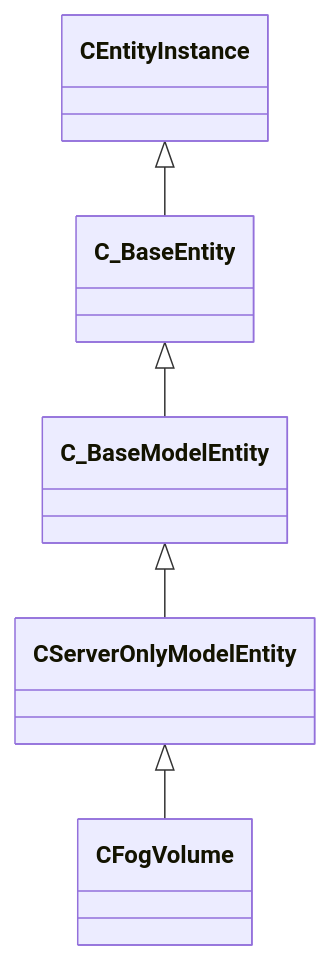
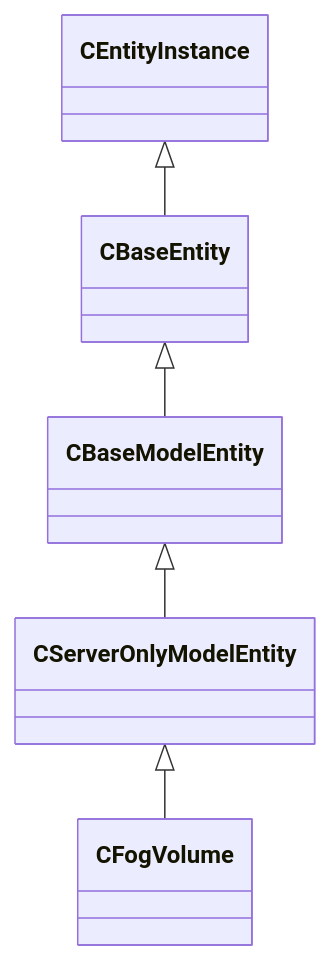
Before and after one commit to CS2OpenDev/CS2OpenDev-Docs: the diagram in docs/generated/schemas/server/CFogVolume.md, drawn with Mermaid. The commit also changed other lines of this file and 4525 other files, not shown here.

````diff
--- a/docs/generated/schemas/server/CFogVolume.md
+++ b/docs/generated/schemas/server/CFogVolume.md
@@ -17,7 +19,7 @@
 ```mermaid
 classDiagram
     CServerOnlyModelEntity <|-- CFogVolume
-    C_BaseModelEntity <|-- CServerOnlyModelEntity
-    C_BaseEntity <|-- C_BaseModelEntity
-    CEntityInstance <|-- C_BaseEntity
+    CBaseModelEntity <|-- CServerOnlyModelEntity
+    CBaseEntity <|-- CBaseModelEntity
+    CEntityInstance <|-- CBaseEntity
 ```
````
